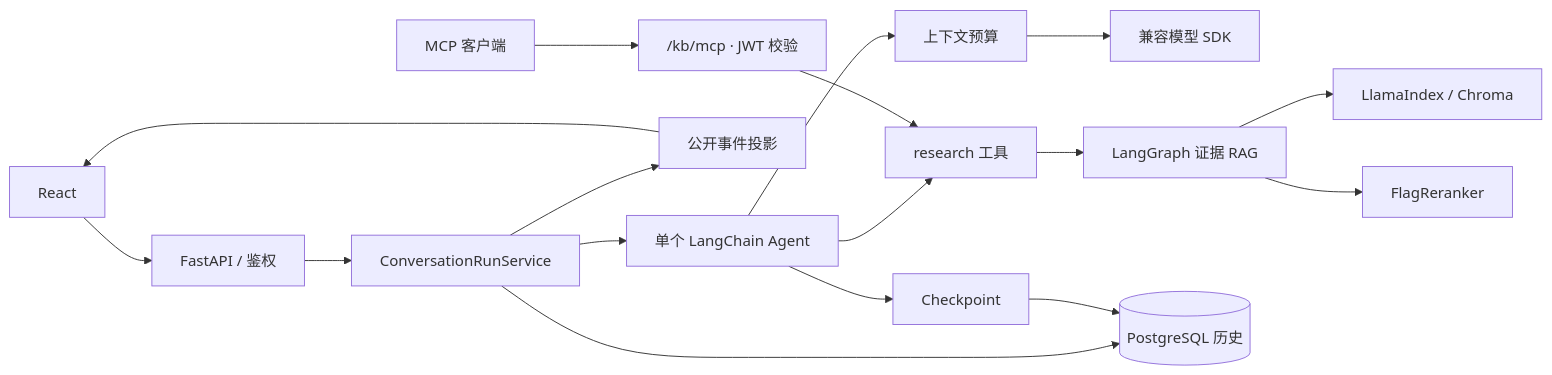
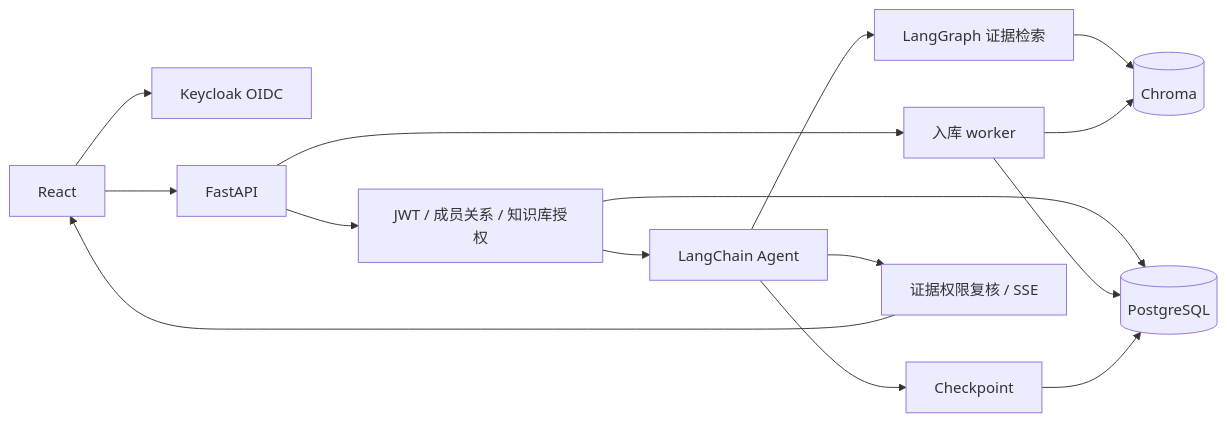
Before and after one commit to JacoryOu/agent-rag-showcase: the diagram in README.md, drawn with Mermaid. The commit also changed other lines of this file and 11 other files, not shown here.

````diff
--- a/README.md
+++ b/README.md
@@ -23,14 +31,15 @@
 ```mermaid
 flowchart LR
-    UI[React] --> API[FastAPI / 鉴权]
-    API --> RUN[ConversationRunService]
-    RUN --> AG[单个 LangChain Agent]
-    AG --> BUD[上下文预算] --> LLM[兼容模型 SDK]
-    AG --> TOOL[research 工具] --> RAG[LangGraph 证据 RAG]
-    RAG --> RET[LlamaIndex / Chroma]
-    RAG --> RANK[FlagReranker]
-    RUN --> PG[(PostgreSQL 历史)]
+    UI[React] --> ID[Keycloak OIDC]
+    UI --> API[FastAPI]
+    API --> ACL[JWT / 成员关系 / 知识库授权]
+    ACL --> AG[LangChain Agent]
+    AG --> RAG[LangGraph 证据检索]
+    RAG --> V[(Chroma)]
+    ACL --> PG[(PostgreSQL)]
+    API --> W[入库 worker]
+    W --> V
+    W --> PG
     AG --> CP[Checkpoint] --> PG
-    RUN --> SSE[公开事件投影] --> UI
-    MC[MCP 客户端] --> MCP["/kb/mcp · JWT 校验"] --> TOOL
+    AG --> OUT[证据权限复核 / SSE] --> UI
 ```
````
